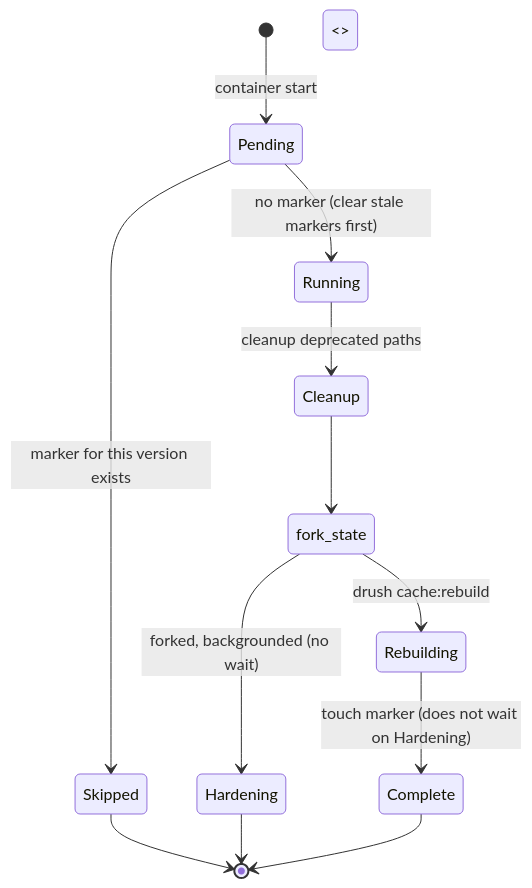
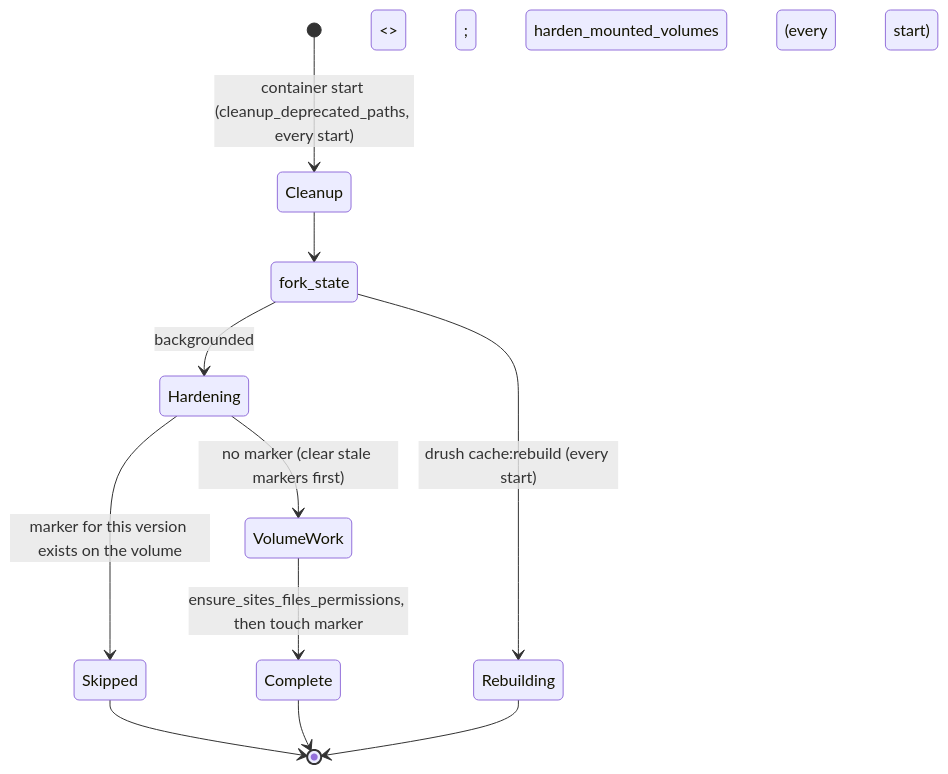
One commit to scbd/drupal-docker-wrapper changed the eighth of 9 diagrams in docs/architecture.md. Above: the diagram before and after it, drawn with Mermaid. The commit also changed other lines of this file and 9 other files, not shown here.

````diff
--- a/docs/architecture.md
+++ b/docs/architecture.md
@@ -262,14 +262,13 @@
 ```mermaid
 stateDiagram-v2
-  [*] --> Pending: container start
-  Pending --> Skipped: marker for this version exists
-  Pending --> Running: no marker (clear stale markers first)
-  Running --> Cleanup: cleanup deprecated paths
+  [*] --> Cleanup: container start (cleanup_deprecated_paths, every start)
   Cleanup --> fork_state <<fork>>
-  fork_state --> Hardening: forked, backgrounded (no wait)
-  fork_state --> Rebuilding: drush cache:rebuild
-  Rebuilding --> Complete: touch marker (does not wait on Hardening)
-  Hardening --> [*]
+  fork_state --> Hardening: backgrounded; harden_mounted_volumes (every start)
+  fork_state --> Rebuilding: drush cache:rebuild (every start)
+  Hardening --> Skipped: marker for this version exists on the volume
+  Hardening --> VolumeWork: no marker (clear stale markers first)
+  VolumeWork --> Complete: ensure_sites_files_permissions, then touch marker
   Skipped --> [*]
   Complete --> [*]
+  Rebuilding --> [*]
 ```
````
